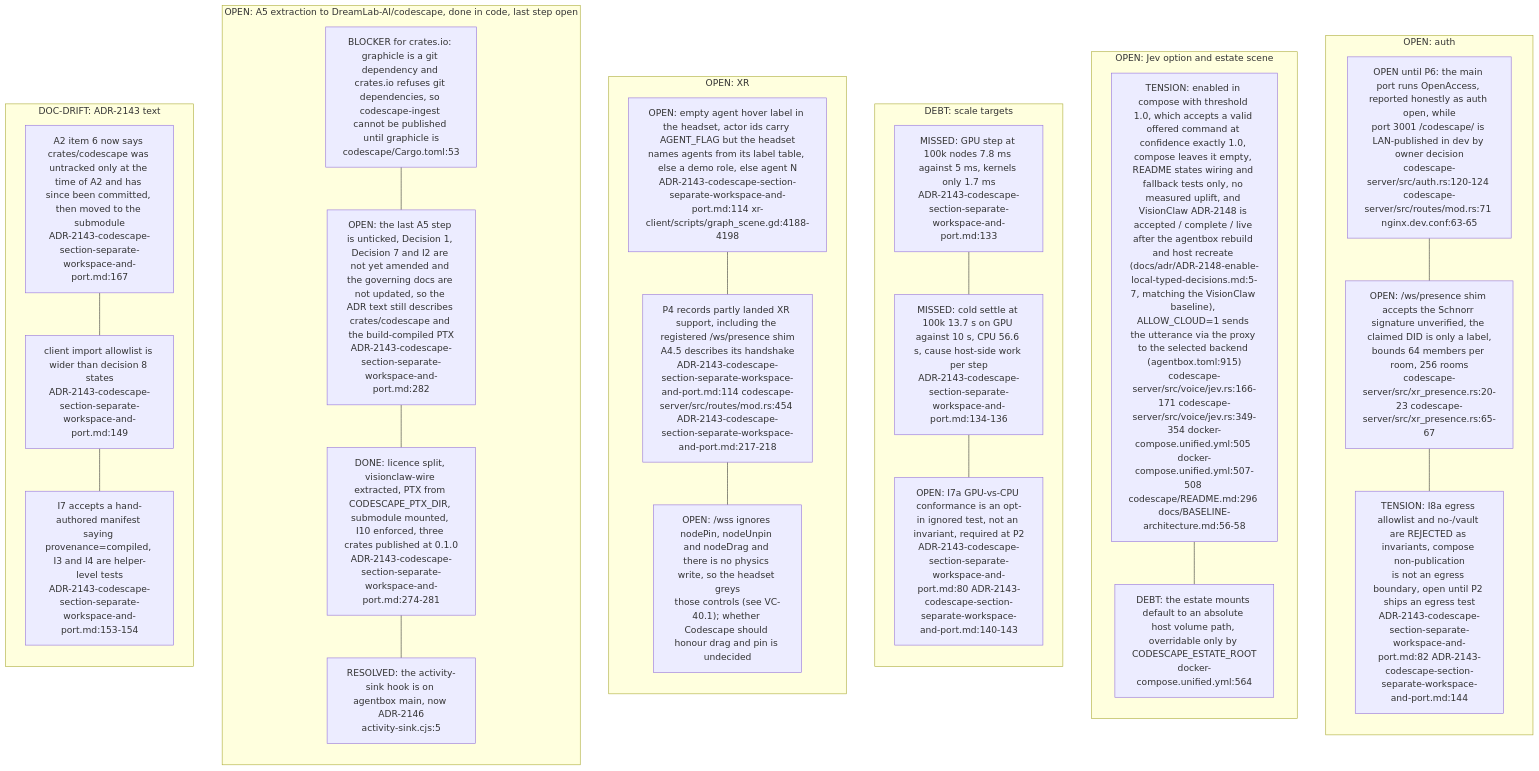
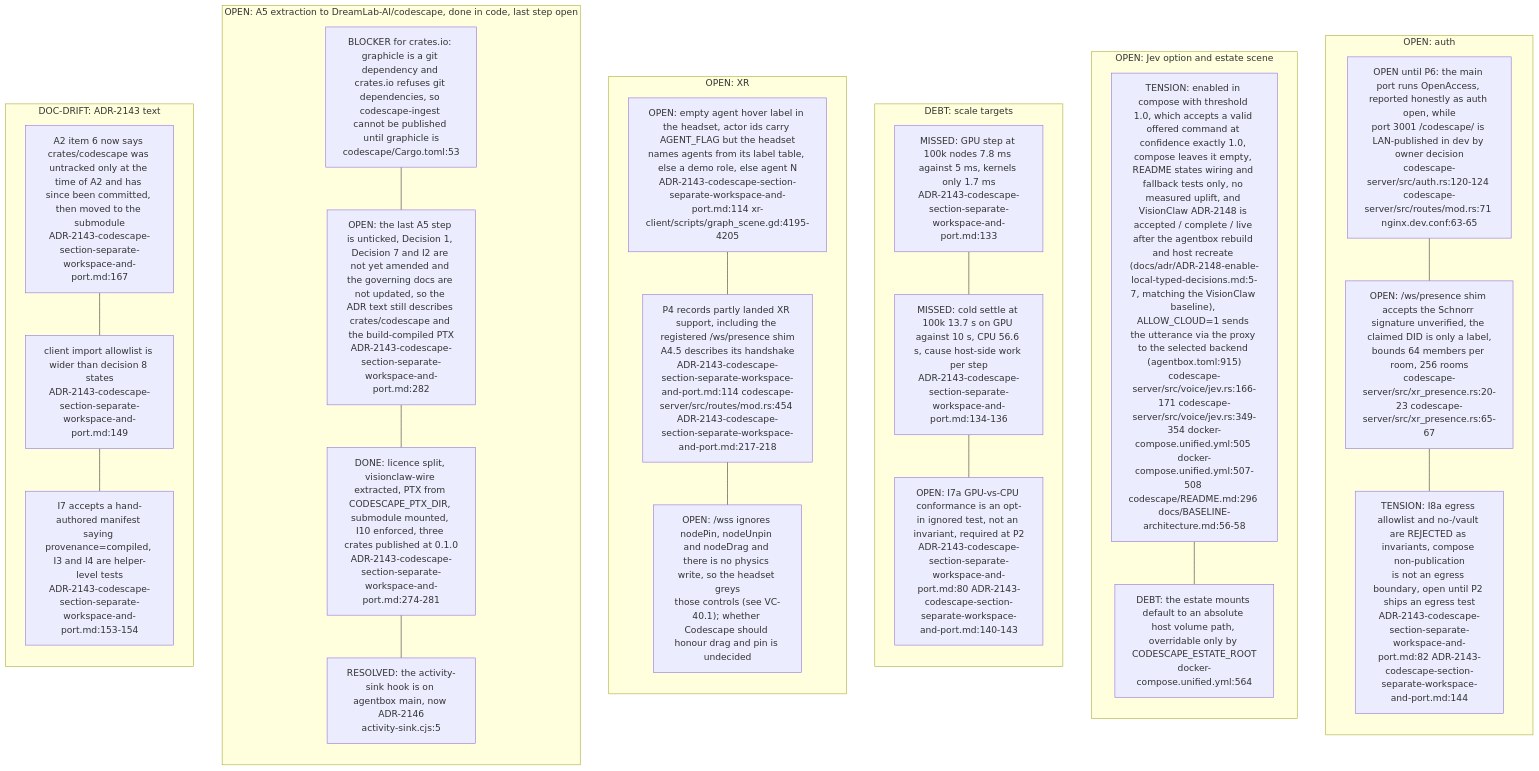
One commit to DreamLab-AI/VisionFlow changed the seventh of 8 diagrams in docs/diagrams/visionclaw/39-codescape.md. Above: the diagram before and after it, drawn with Mermaid. The commit also changed other lines of this file and 24 other files, not shown here.

Commit message:
docs: align XR liveness, filtering and rendering diagrams (#33)

````diff
--- a/docs/diagrams/visionclaw/39-codescape.md
+++ b/docs/diagrams/visionclaw/39-codescape.md
@@ -353,45 +353,45 @@
 ```mermaid
 flowchart TB
     subgraph SEC["OPEN: auth"]
         direction TB
         R1["OPEN until P6: the main port runs OpenAccess, reported honestly as auth open, while<br/>port 3001 /codescape/ is LAN-published in dev by owner decision<br/>codescape-server/src/auth.rs:120-124 codescape-server/src/routes/mod.rs:71 nginx.dev.conf:63-65"]
         R2["OPEN: /ws/presence shim accepts the Schnorr signature unverified, the claimed DID is only a label,<br/>bounds 64 members per room, 256 rooms<br/>codescape-server/src/xr_presence.rs:20-23 codescape-server/src/xr_presence.rs:65-67"]
         R3["TENSION: I8a egress allowlist and no-/vault are REJECTED as invariants, compose non-publication<br/>is not an egress boundary, open until P2 ships an egress test<br/>ADR-2143-codescape-section-separate-workspace-and-port.md:82 ADR-2143-codescape-section-separate-workspace-and-port.md:144"]
         R1 --- R2 --- R3
     end
     subgraph JEVG["OPEN: Jev option and estate scene"]
         direction TB
         J1["TENSION: enabled in compose with threshold 1.0, which accepts a valid offered command at confidence exactly 1.0, compose leaves it empty, README states wiring and fallback tests only, no measured uplift, and VisionClaw ADR-2148 is accepted / complete / live after the agentbox rebuild and host recreate (docs/adr/ADR-2148-enable-local-typed-decisions.md:5-7, matching the VisionClaw baseline), ALLOW_CLOUD=1 sends the utterance via the proxy to the selected backend (agentbox.toml:915)<br/>codescape-server/src/voice/jev.rs:166-171 codescape-server/src/voice/jev.rs:349-354 docker-compose.unified.yml:505 docker-compose.unified.yml:507-508 codescape/README.md:296 docs/BASELINE-architecture.md:56-58"]
         J2["DEBT: the estate mounts default to an absolute host volume path, overridable only by CODESCAPE_ESTATE_ROOT<br/>docker-compose.unified.yml:564"]
         J1 --- J2
     end
     subgraph PERF["DEBT: scale targets"]
         direction TB
         P1["MISSED: GPU step at 100k nodes 7.8 ms against 5 ms, kernels only 1.7 ms<br/>ADR-2143-codescape-section-separate-workspace-and-port.md:133"]
         P2["MISSED: cold settle at 100k 13.7 s on GPU against 10 s, CPU 56.6 s, cause host-side work per step<br/>ADR-2143-codescape-section-separate-workspace-and-port.md:134-136"]
         P3["OPEN: I7a GPU-vs-CPU conformance is an opt-in ignored test, not an invariant, required at P2<br/>ADR-2143-codescape-section-separate-workspace-and-port.md:80 ADR-2143-codescape-section-separate-workspace-and-port.md:140-143"]
         P1 --- P2 --- P3
     end
     subgraph XRG["OPEN: XR"]
         direction TB
-        X1["OPEN: empty agent hover label in the headset, actor ids carry AGENT_FLAG but the headset<br/>names agents from its label table, else a demo role, else agent N<br/>ADR-2143-codescape-section-separate-workspace-and-port.md:114 xr-client/scripts/graph_scene.gd:4188-4198"]
+        X1["OPEN: empty agent hover label in the headset, actor ids carry AGENT_FLAG but the headset<br/>names agents from its label table, else a demo role, else agent N<br/>ADR-2143-codescape-section-separate-workspace-and-port.md:114 xr-client/scripts/graph_scene.gd:4195-4205"]
         X2["P4 records partly landed XR support, including the registered /ws/presence shim<br/>A4.5 describes its handshake<br/>ADR-2143-codescape-section-separate-workspace-and-port.md:114 codescape-server/src/routes/mod.rs:454 ADR-2143-codescape-section-separate-workspace-and-port.md:217-218"]
         X3["OPEN: /wss ignores nodePin, nodeUnpin and nodeDrag and there is no physics write, so the headset greys<br/>those controls (see VC-40.1); whether Codescape should honour drag and pin is undecided"]
         X1 --- X2 --- X3
     end
     subgraph EXT["OPEN: A5 extraction to DreamLab-AI/codescape, done in code, last step open"]
         direction TB
         E1["BLOCKER for crates.io: graphicle is a git dependency and crates.io refuses git dependencies, so codescape-ingest cannot be published until graphicle is<br/>codescape/Cargo.toml:53"]
         E2["OPEN: the last A5 step is unticked, Decision 1, Decision 7 and I2 are not yet amended and the governing docs are not updated, so the ADR text still describes crates/codescape and the build-compiled PTX<br/>ADR-2143-codescape-section-separate-workspace-and-port.md:282"]
         E3["DONE: licence split, visionclaw-wire extracted, PTX from CODESCAPE_PTX_DIR, submodule mounted, I10 enforced, three crates published at 0.1.0<br/>ADR-2143-codescape-section-separate-workspace-and-port.md:274-281"]
         E4["RESOLVED: the activity-sink hook is on agentbox main, now ADR-2146<br/>activity-sink.cjs:5"]
         E1 --- E2 --- E3 --- E4
     end
     subgraph DR["DOC-DRIFT: ADR-2143 text"]
         direction TB
         D1["A2 item 6 now says crates/codescape was untracked only at the time of A2 and has since been committed, then moved to the submodule<br/>ADR-2143-codescape-section-separate-workspace-and-port.md:167"]
         D2["client import allowlist is wider than decision 8 states<br/>ADR-2143-codescape-section-separate-workspace-and-port.md:149"]
         D3["I7 accepts a hand-authored manifest saying provenance=compiled, I3 and I4 are helper-level tests<br/>ADR-2143-codescape-section-separate-workspace-and-port.md:153-154"]
         D1 --- D2 --- D3
     end
 ```
````
